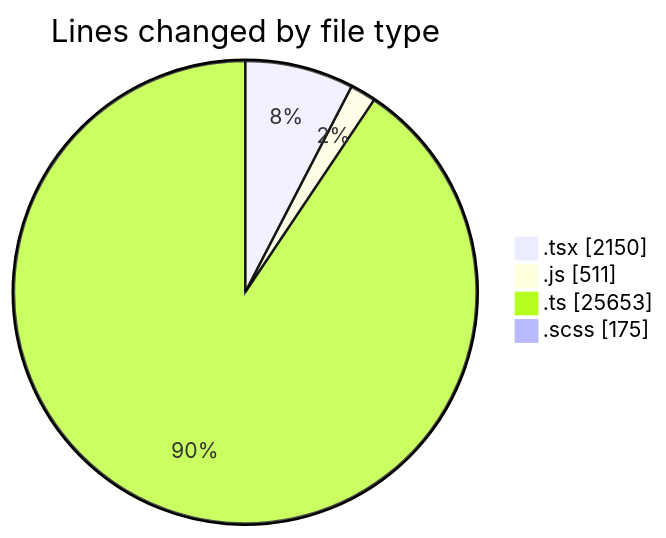
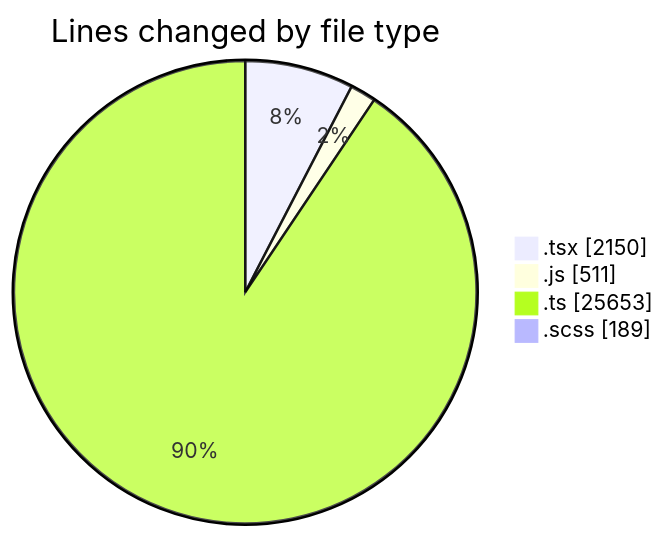
One commit to momahboobian/code-tracking changed the first of 2 diagrams in 2025-06-30/cda/README.md. Above: the diagram before and after it, drawn with Mermaid. The commit also changed other lines of this file and 1 other file, not shown here.

````diff
--- a/2025-06-30/cda/README.md
+++ b/2025-06-30/cda/README.md
@@ -41,8 +41,8 @@
 ```mermaid
 pie showData
 title Lines changed by file type
 ".tsx" : 2150
 ".js" : 511
 ".ts" : 25653
-".scss" : 175
+".scss" : 189
 ```
````
